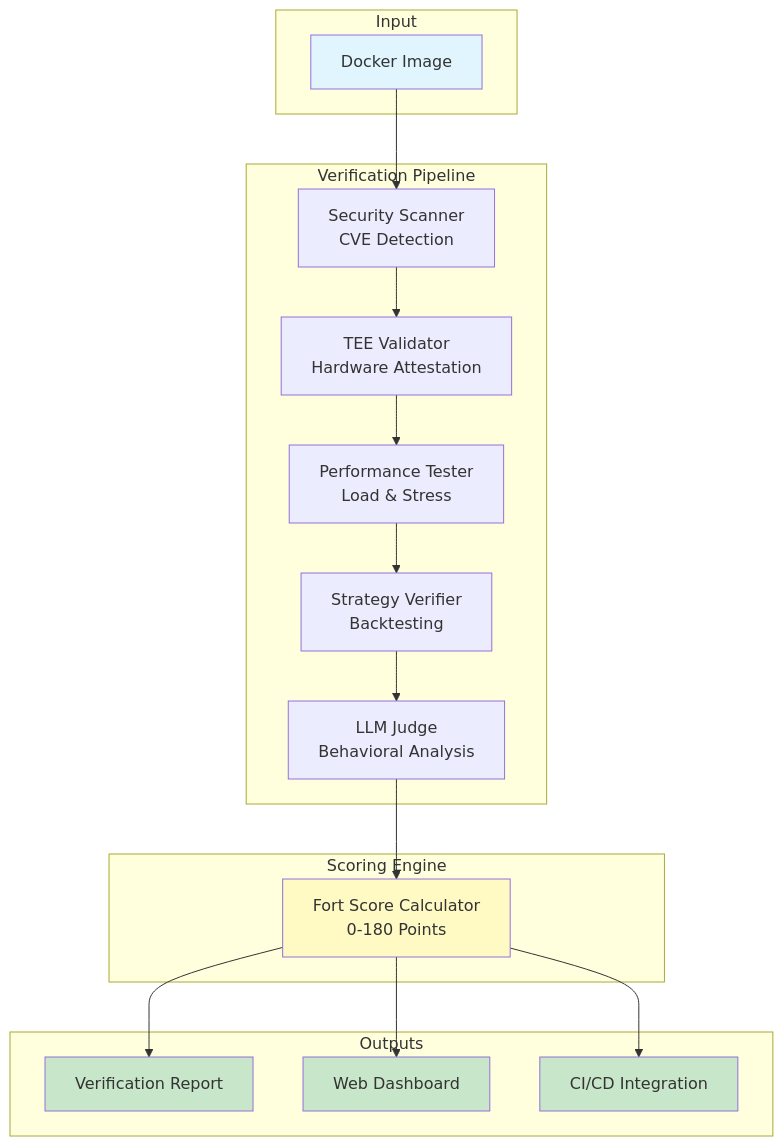
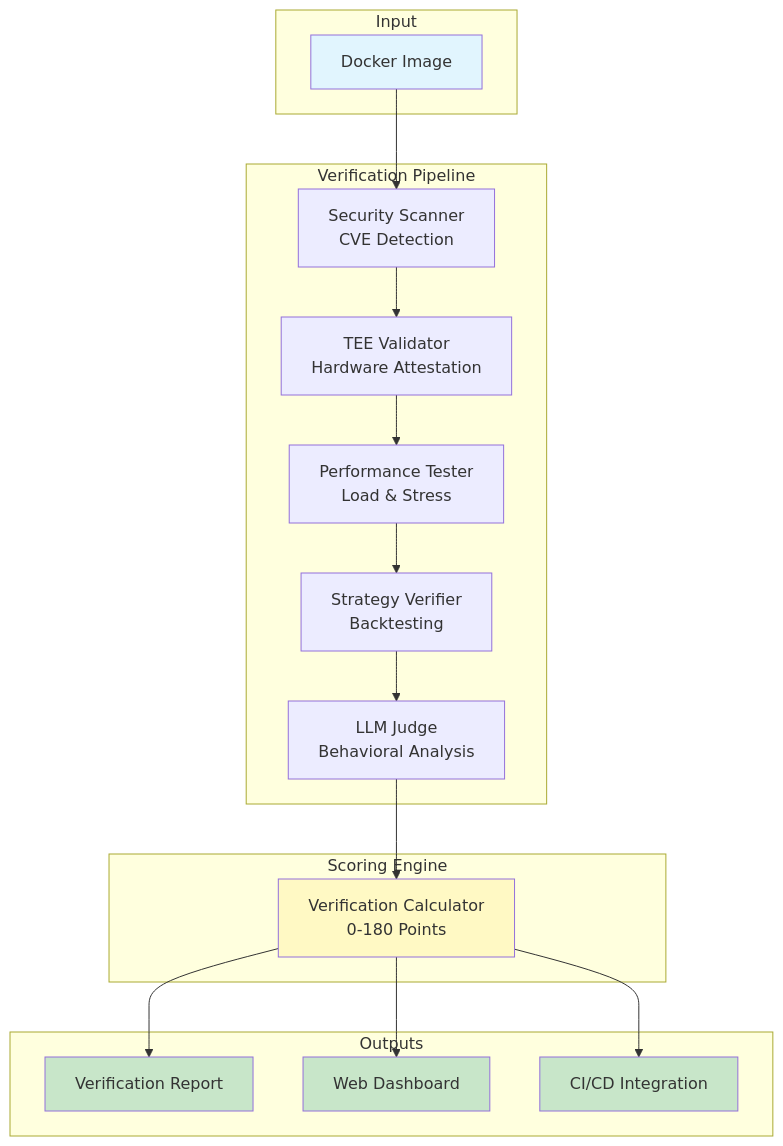
The diagram in README.md (Arc-Computer/arc-verifier), drawn with Mermaid before and after one commit.

````diff
--- a/README.md
+++ b/README.md
@@ -20,40 +20,40 @@
 ```mermaid
 graph TB
     subgraph "Input"
         A[Docker Image]
     end
     
     subgraph "Verification Pipeline"
         B[Security Scanner<br/>CVE Detection]
         C[TEE Validator<br/>Hardware Attestation]
         D[Performance Tester<br/>Load & Stress]
         E[Strategy Verifier<br/>Backtesting]
         F[LLM Judge<br/>Behavioral Analysis]
     end
     
     subgraph "Scoring Engine"
-        G[Fort Score Calculator<br/>0-180 Points]
+        G[Verification Calculator<br/>0-180 Points]
     end
     
     subgraph "Outputs"
         H[Verification Report]
         I[Web Dashboard]
         J[CI/CD Integration]
     end
     
     A --> B
     B --> C
     C --> D
     D --> E
     E --> F
     F --> G
     G --> H
     G --> I
     G --> J
     
     style A fill:#e1f5fe
     style G fill:#fff9c4
     style H fill:#c8e6c9
     style I fill:#c8e6c9
     style J fill:#c8e6c9
 ```
````
